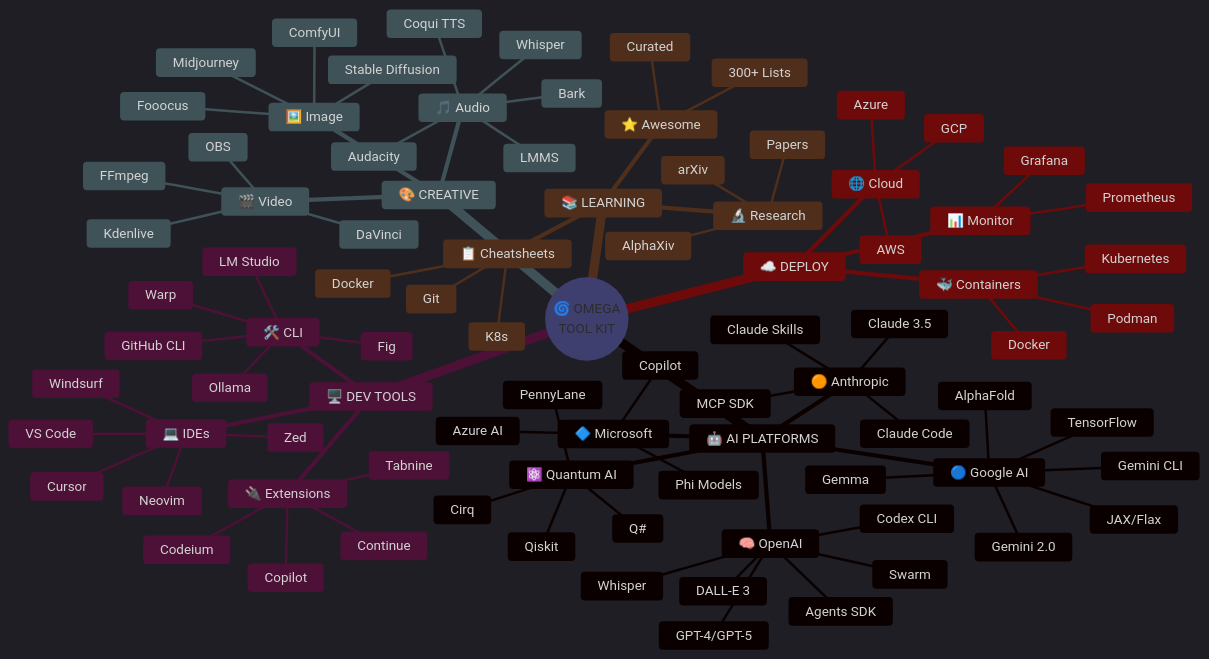
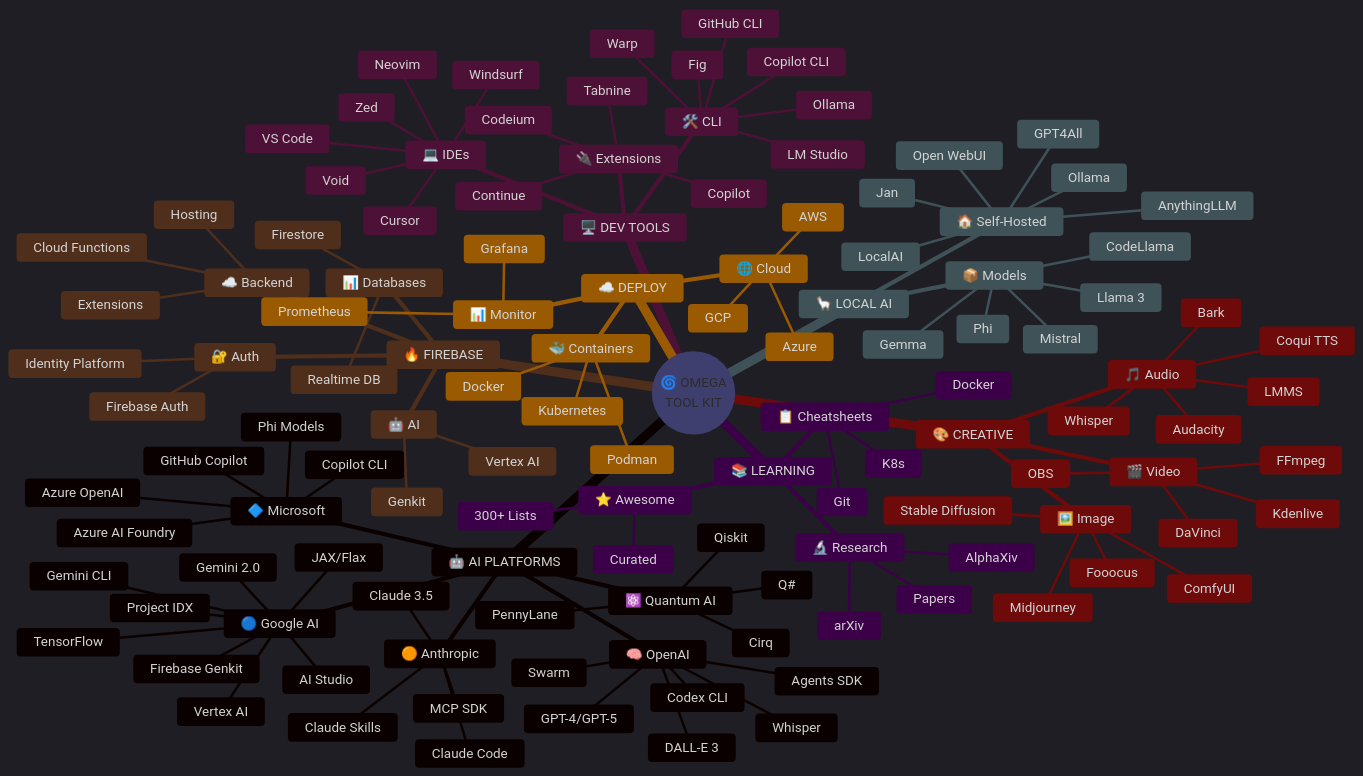
The second of 8 diagrams in README.md (SpiralCloudOmega/DevTeam6), drawn with Mermaid before and after one commit. The commit also changed other lines of this file, not shown here.

Commit message:
Add major AI platform links: Azure AI Foundry, Copilot CLI, Firebase/Firestore, Ollama with Open-WebUI, and enhance UX

```diff
--- a/README.md
+++ b/README.md
@@ -100,18 +100,22 @@
       🔵 Google AI
         Gemini 2.0
         Gemini CLI
+        Vertex AI
+        AI Studio
+        Project IDX
+        Firebase Genkit
         TensorFlow
         JAX/Flax
-        AlphaFold
-        Gemma
       🟠 Anthropic
         Claude 3.5
         Claude Code
         Claude Skills
         MCP SDK
       🔷 Microsoft
-        Copilot
-        Azure AI
+        Azure AI Foundry
+        GitHub Copilot
+        Copilot CLI
+        Azure OpenAI
         Phi Models
       ⚛️ Quantum AI
         Qiskit
@@ -124,9 +128,11 @@
         VS Code
         Zed
         Windsurf
+        Void
         Neovim
       🛠️ CLI
         GitHub CLI
+        Copilot CLI
         Warp
         Fig
         Ollama
@@ -136,6 +142,34 @@
         Codeium
         Tabnine
         Continue
+    🦙 LOCAL AI
+      🏠 Self-Hosted
+        Ollama
+        Open WebUI
+        LocalAI
+        GPT4All
+        Jan
+        AnythingLLM
+      📦 Models
+        Llama 3
+        Mistral
+        CodeLlama
+        Phi
+        Gemma
+    🔥 FIREBASE
+      📊 Databases
+        Firestore
+        Realtime DB
+      🔐 Auth
+        Firebase Auth
+        Identity Platform
+      ☁️ Backend
+        Cloud Functions
+        Hosting
+        Extensions
+      🤖 AI
+        Genkit
+        Vertex AI
     🎨 CREATIVE
       🎵 Audio
         Whisper
```
